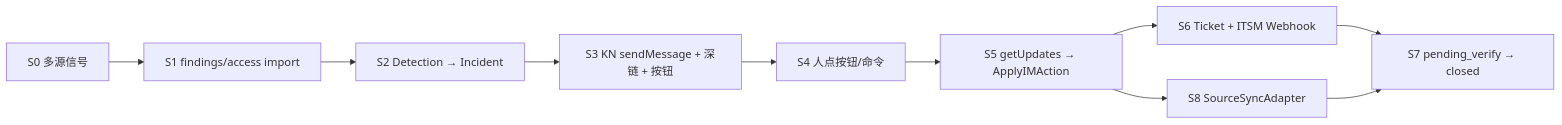
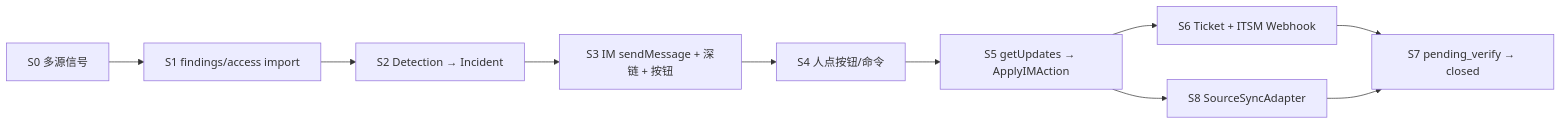
One commit to caokluas/SOC changed the fifth of 5 diagrams in docs/architecture.md. Above: the diagram before and after it, drawn with Mermaid. The commit also changed other lines of this file and 2 other files, not shown here.

````diff
--- a/docs/architecture.md
+++ b/docs/architecture.md
@@ -258,12 +258,12 @@
 ```mermaid
 flowchart LR
   SRC["S0 多源信号"] --> IMP["S1 findings/access import"]
   IMP --> DET["S2 Detection → Incident"]
-  DET --> OUT["S3 KN sendMessage + 深链 + 按钮"]
+  DET --> OUT["S3 IM sendMessage + 深链 + 按钮"]
   OUT --> IM["S4 人点按钮/命令"]
   IM --> IN["S5 getUpdates → ApplyIMAction"]
   IN --> TKT["S6 Ticket + ITSM Webhook"]
   IN --> S8["S8 SourceSyncAdapter"]
   TKT --> CLOSE["S7 pending_verify → closed"]
   S8 --> CLOSE
 ```
````
